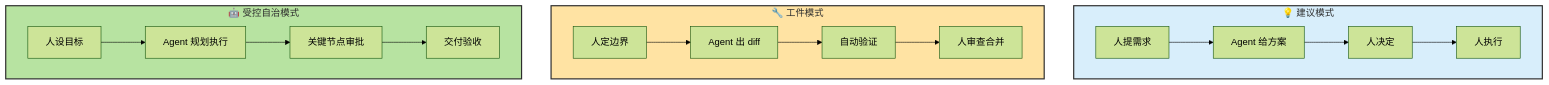
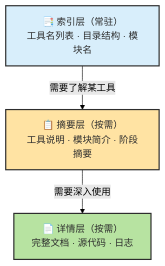
Before and after one commit to zht043/AgenticCodingTutorial: the fourth of 10 diagrams in docs/chapters/ch11-memory-context-harness.md, drawn with Mermaid (forest theme). The commit also changed other lines of this file and 23 other files, not shown here.

````diff
--- a/docs/chapters/ch11-memory-context-harness.md
+++ b/docs/chapters/ch11-memory-context-harness.md
@@ -473,25 +146,13 @@
 ```mermaid
 flowchart TB
-    classDef suggest fill:#d8eefb,stroke:#2d2d2d,stroke-width:2px,color:#2d2d2d
-    classDef patch fill:#ffe3a3,stroke:#2d2d2d,stroke-width:2px,color:#2d2d2d
-    classDef agent fill:#b7e3a1,stroke:#2d2d2d,stroke-width:2px,color:#2d2d2d
+    classDef index fill:#d8eefb,stroke:#2d2d2d,stroke-width:2px,color:#2d2d2d
+    classDef summary fill:#ffe3a3,stroke:#2d2d2d,stroke-width:2px,color:#2d2d2d
+    classDef detail fill:#b7e3a1,stroke:#2d2d2d,stroke-width:2px,color:#2d2d2d
 
-    subgraph M1["💡 建议模式"]
-        direction LR
-        A1["人提需求"] --> A2["Agent 给方案"] --> A3["人决定"] --> A4["人执行"]
-    end
+    L1["📑 索引层（常驻）<br/>工具名列表 · 目录结构 · 模块名"]:::index
+    L2["📋 摘要层（按需）<br/>工具说明 · 模块简介 · 阶段摘要"]:::summary
+    L3["📄 详情层（按需）<br/>完整文档 · 源代码 · 日志"]:::detail
 
-    subgraph M2["🔧 工件模式"]
-        direction LR
-        B1["人定边界"] --> B2["Agent 出 diff"] --> B3["自动验证"] --> B4["人审查合并"]
-    end
-
-    subgraph M3["🤖 受控自治模式"]
-        direction LR
-        C1["人设目标"] --> C2["Agent 规划执行"] --> C3["关键节点审批"] --> C4["交付验收"]
-    end
-
-    M1:::suggest
-    M2:::patch
-    M3:::agent
+    L1 -->|"需要了解某工具"| L2
+    L2 -->|"需要深入使用"| L3
 ```
````
